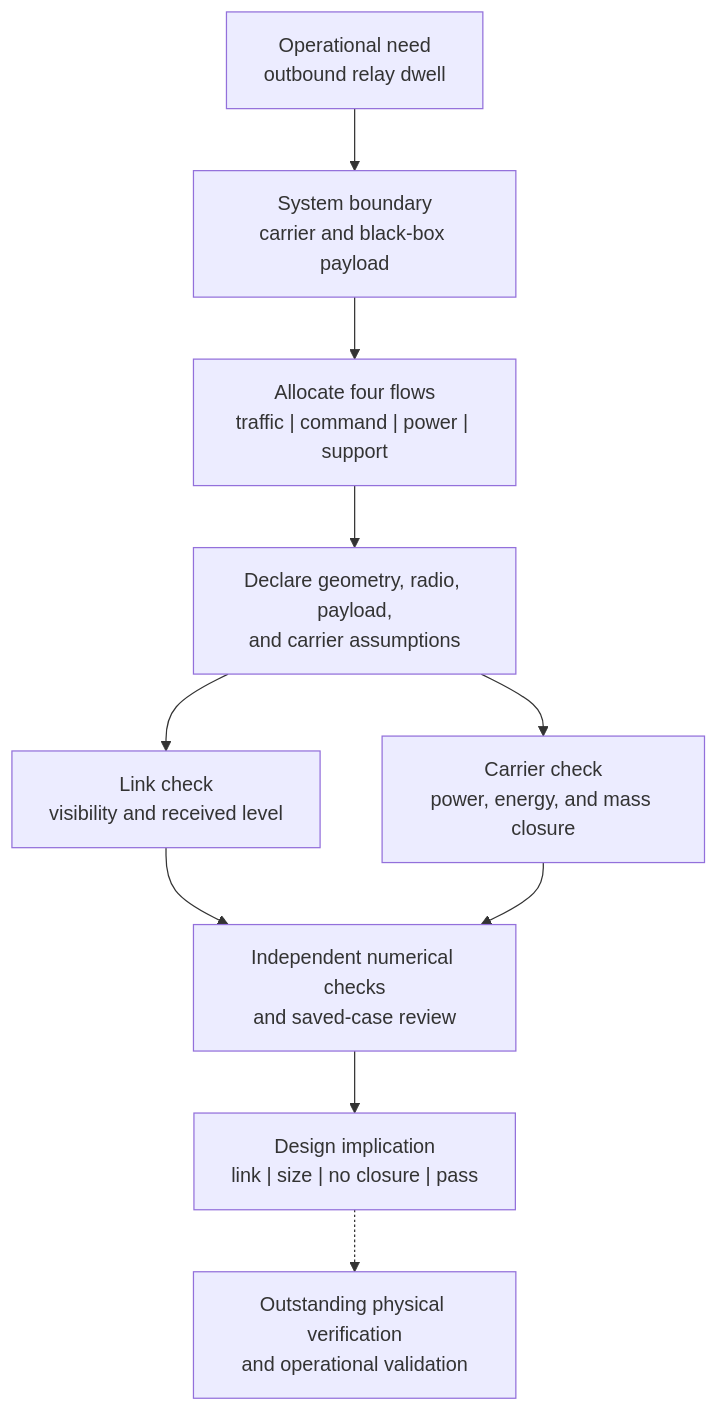
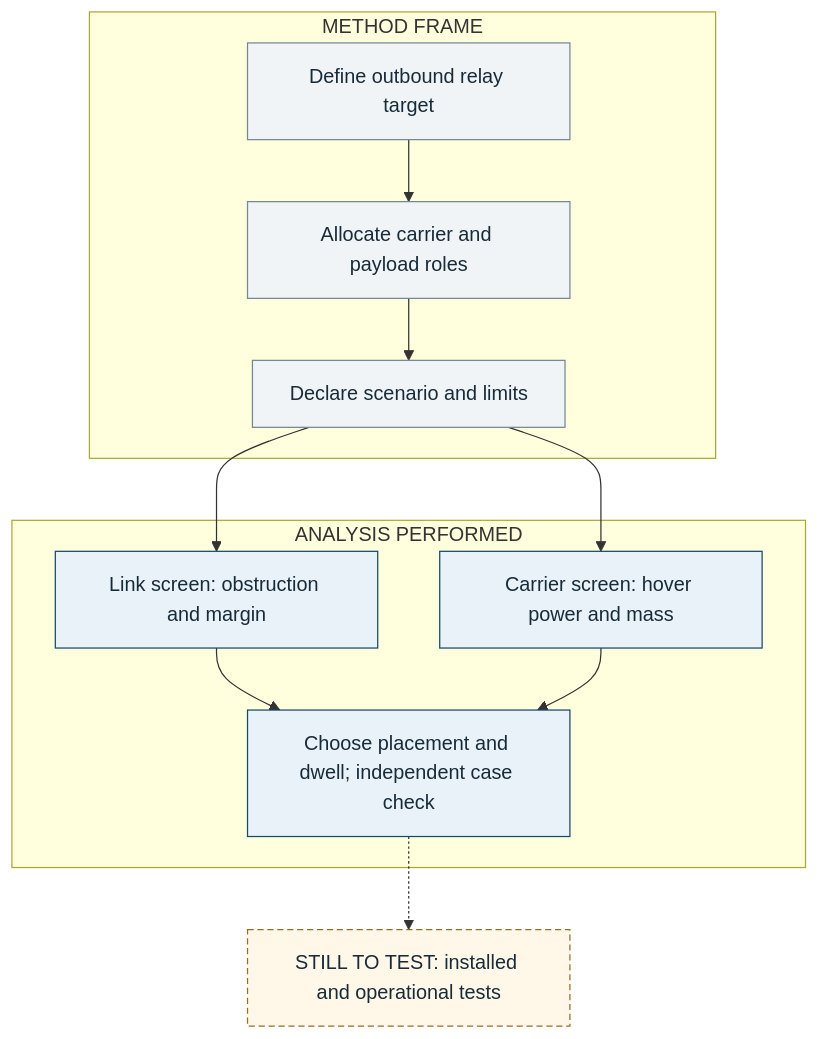
One commit to noahstephenson/low-cost-relay-uas changed the diagram in submission/figs/architecture_assessment_workflow.mmd. Above: the diagram before and after it, drawn with Mermaid. The commit also changed 6 other files, not shown here.

Commit message:
Simplify Figure 3 method and analysis workflow

```diff
--- a/submission/figs/architecture_assessment_workflow.mmd
+++ b/submission/figs/architecture_assessment_workflow.mmd
@@ -1,10 +1,17 @@
-flowchart TD
-    N["Operational need<br/>outbound relay dwell"] --> B["System boundary<br/>carrier and black-box payload"]
-    B --> A["Allocate four flows<br/>traffic | command | power | support"]
-    A --> I["Declare geometry, radio, payload,<br/>and carrier assumptions"]
-    I --> L["Link check<br/>visibility and received level"]
-    I --> C["Carrier check<br/>power, energy, and mass closure"]
-    L --> V["Independent numerical checks<br/>and saved-case review"]
-    C --> V
-    V --> D["Design implication<br/>link | size | no closure | pass"]
-    D -.-> F["Outstanding physical verification<br/>and operational validation"]
+flowchart TB
+    subgraph M["METHOD FRAME"]
+      N["Define outbound relay target"] --> B["Allocate carrier and payload roles"] --> I["Declare scenario and limits"]
+    end
+    subgraph A["ANALYSIS PERFORMED"]
+      L["Link screen: obstruction and margin"] --> D["Choose placement and dwell; independent case check"]
+      C["Carrier screen: hover power and mass"] --> D
+    end
+    I --> L
+    I --> C
+    D -.-> F["STILL TO TEST: installed and operational tests"]
+    classDef method fill:#f1f4f6,stroke:#738794,color:#172b39
+    classDef study fill:#e8f2f8,stroke:#16486b,color:#172b39
+    classDef future fill:#fff8e9,stroke:#9b6c20,stroke-dasharray:5 3,color:#172b39
+    class N,B,I method
+    class L,C,D study
+    class F future
```
